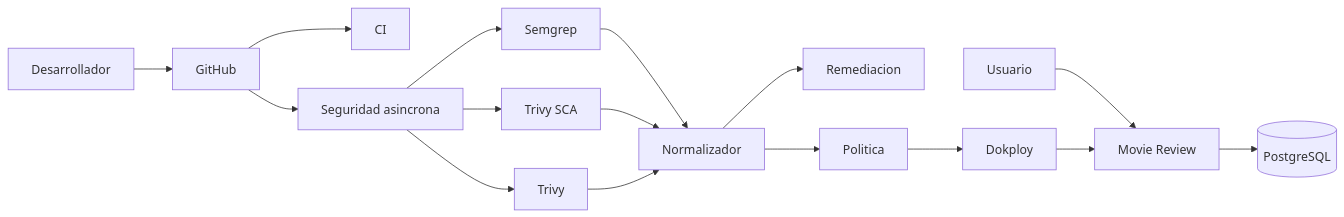
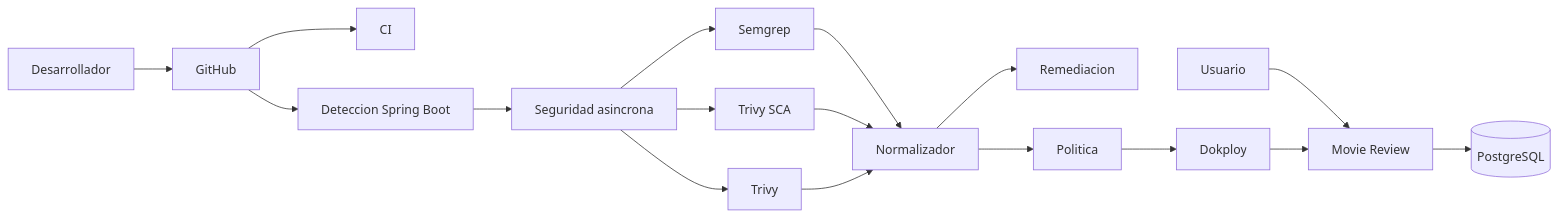
Before and after one commit to CGARCHER/movie-review-devsecops-mvp: the diagram in docs/architecture.md, drawn with Mermaid. The commit also changed other lines of this file and 11 other files, not shown here.

Commit message:
Generaliza el analisis para proyectos Spring Boot

````diff
--- a/docs/architecture.md
+++ b/docs/architecture.md
@@ -3,18 +3,19 @@
 ```mermaid
 flowchart LR
     U[Usuario] --> APP[Movie Review]
     APP --> DB[(PostgreSQL)]
     DEV[Desarrollador] --> GH[GitHub]
     GH --> CI[CI]
-    GH --> SEC[Seguridad asincrona]
+    GH --> PROFILE[Deteccion Spring Boot]
+    PROFILE --> SEC[Seguridad asincrona]
     SEC --> SAST[Semgrep]
     SEC --> SCA[Trivy SCA]
     SEC --> IMG[Trivy]
     SAST --> N[Normalizador]
     SCA --> N
     IMG --> N
     N --> AI[Remediacion]
     N --> POLICY[Politica]
     POLICY --> DK[Dokploy]
     DK --> APP
 ```
````
